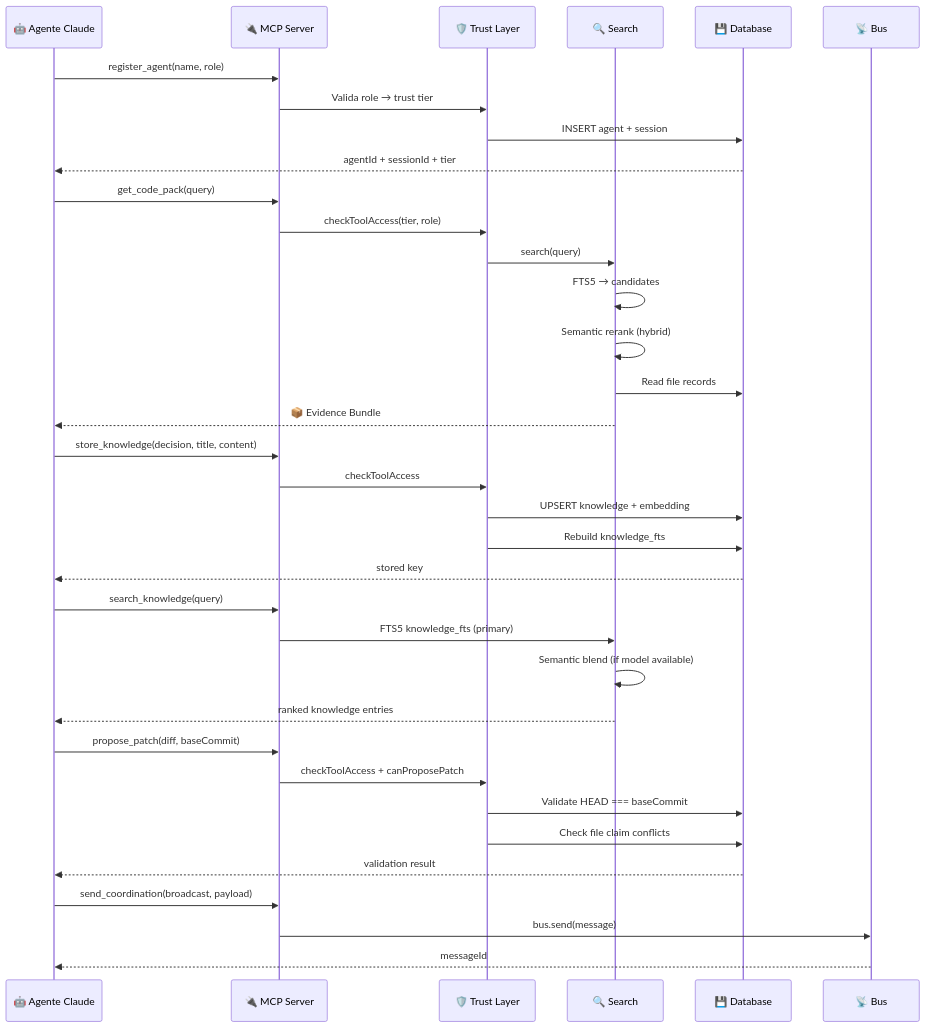
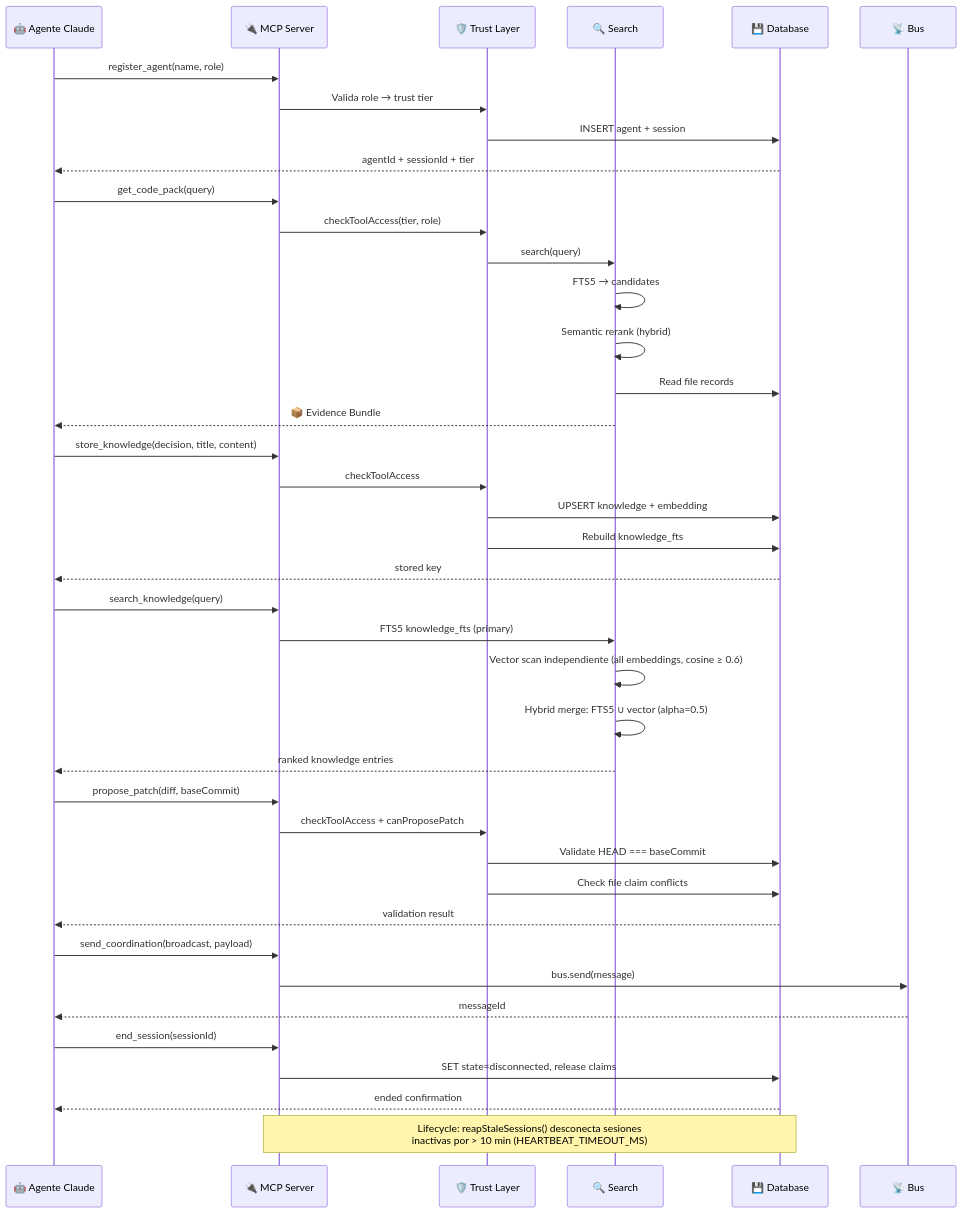
Before and after one commit to xpm-cmd/Monsthera: the second of 4 diagrams in docs/architecture.md, drawn with Mermaid. The commit also changed other lines of this file and 5 other files, not shown here.

````diff
--- a/docs/architecture.md
+++ b/docs/architecture.md
@@ -131,43 +131,50 @@
 ```mermaid
 sequenceDiagram
     participant A as 🤖 Agente Claude
     participant M as 🔌 MCP Server
     participant T as 🛡️ Trust Layer
     participant S as 🔍 Search
     participant D as 💾 Database
     participant B as 📡 Bus
 
     A->>M: register_agent(name, role)
     M->>T: Valida role → trust tier
     T->>D: INSERT agent + session
     D-->>A: agentId + sessionId + tier
 
     A->>M: get_code_pack(query)
     M->>T: checkToolAccess(tier, role)
     T->>S: search(query)
     S->>S: FTS5 → candidates
     S->>S: Semantic rerank (hybrid)
     S->>D: Read file records
     S-->>A: 📦 Evidence Bundle
 
     A->>M: store_knowledge(decision, title, content)
     M->>T: checkToolAccess
     T->>D: UPSERT knowledge + embedding
     T->>D: Rebuild knowledge_fts
     D-->>A: stored key
 
     A->>M: search_knowledge(query)
     M->>S: FTS5 knowledge_fts (primary)
-    S->>S: Semantic blend (if model available)
+    S->>S: Vector scan independiente (all embeddings, cosine ≥ 0.6)
+    S->>S: Hybrid merge: FTS5 ∪ vector (alpha=0.5)
     S-->>A: ranked knowledge entries
 
     A->>M: propose_patch(diff, baseCommit)
     M->>T: checkToolAccess + canProposePatch
     T->>D: Validate HEAD === baseCommit
     T->>D: Check file claim conflicts
     D-->>A: validation result
 
     A->>M: send_coordination(broadcast, payload)
     M->>B: bus.send(message)
     B-->>A: messageId
+
+    A->>M: end_session(sessionId)
+    M->>D: SET state=disconnected, release claims
+    D-->>A: ended confirmation
+
+    Note over M,D: Lifecycle: reapStaleSessions() desconecta sesiones<br/>inactivas por > 10 min (HEARTBEAT_TIMEOUT_MS)
 ```
````
